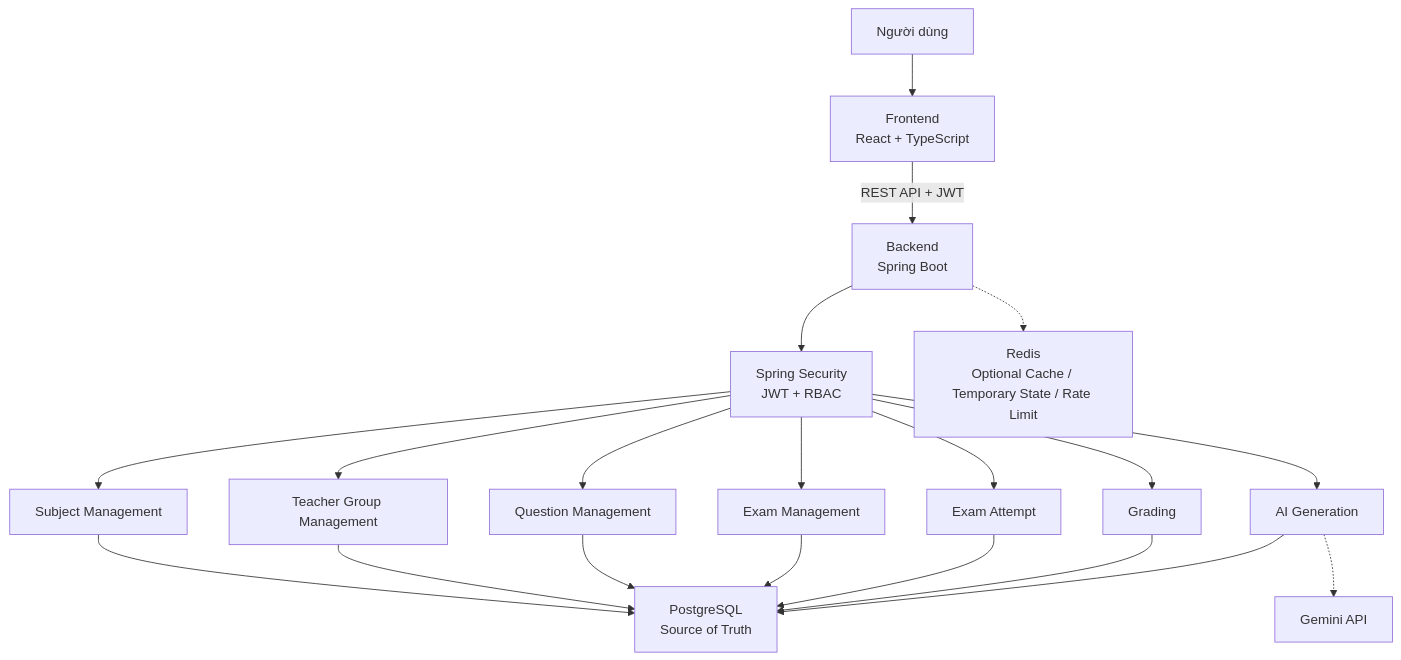
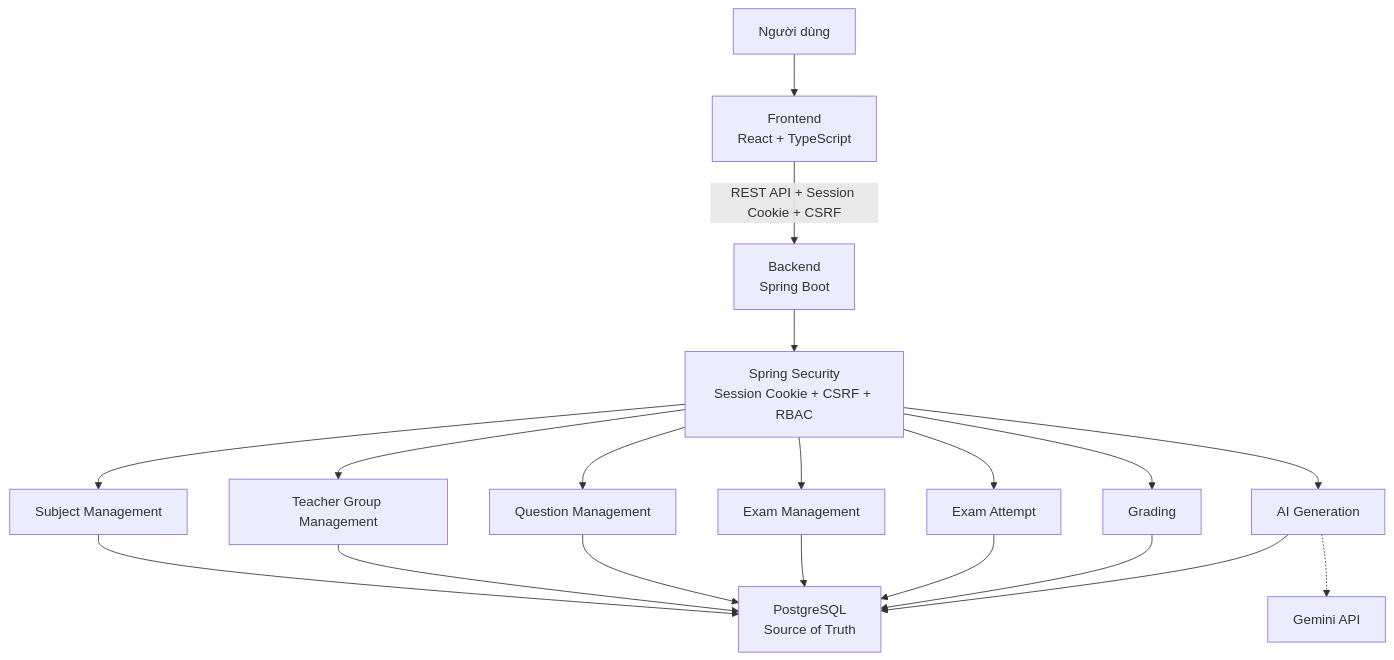
The first of 9 diagrams in docs/diagrams/plan.md (mqhoa/online-exam-system), drawn with Mermaid before and after one commit. The commit also changed other lines of this file and 31 other files, not shown here.

Commit message:
feat: complete core system flows

````diff
--- a/docs/diagrams/plan.md
+++ b/docs/diagrams/plan.md
@@ -52,41 +53,39 @@
 ```mermaid
 flowchart TB
     USER["Người dùng"]
     FE["Frontend<br/>React + TypeScript"]
     API["Backend<br/>Spring Boot"]
-    SECURITY["Spring Security<br/>JWT + RBAC"]
+    SECURITY["Spring Security<br/>Session Cookie + CSRF + RBAC"]
 
     SUBJ["Subject Management"]
     GROUP["Teacher Group Management"]
     QUESTION["Question Management"]
     EXAM["Exam Management"]
     ATTEMPT["Exam Attempt"]
     GRADING["Grading"]
     AI["AI Generation"]
 
     PG["PostgreSQL<br/>Source of Truth"]
-    REDIS["Redis<br/>Optional Cache / Temporary State / Rate Limit"]
     GEMINI["Gemini API"]
 
     USER --> FE
-    FE -->|"REST API + JWT"| API
+    FE -->|"REST API + Session Cookie + CSRF"| API
     API --> SECURITY
     SECURITY --> SUBJ
     SECURITY --> GROUP
     SECURITY --> QUESTION
     SECURITY --> EXAM
     SECURITY --> ATTEMPT
     SECURITY --> GRADING
     SECURITY --> AI
 
     SUBJ --> PG
     GROUP --> PG
     QUESTION --> PG
     EXAM --> PG
     ATTEMPT --> PG
     GRADING --> PG
     AI --> PG
 
-    API -.-> REDIS
     AI -.-> GEMINI
 ```
````
